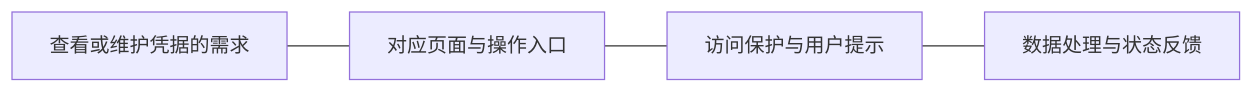
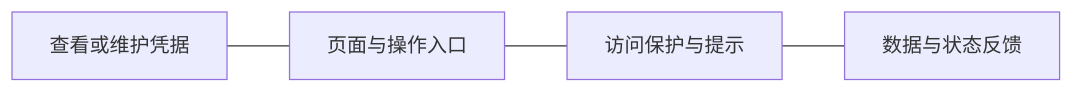
The second of 2 diagrams in content/cases/keysafe-password-manager.md (cytlabs/personal-site), drawn with Mermaid before and after one commit. The commit also changed other lines of this file and 17 other files, not shown here.

First line of the commit message:
统一图表排版、主题和大图查看 (#15)

````diff
--- a/content/cases/keysafe-password-manager.md
+++ b/content/cases/keysafe-password-manager.md
@@ -39,6 +39,4 @@
 ```mermaid
 flowchart LR
-    A["查看或维护凭据的需求"] --- B["对应页面与操作入口"]
-    B --- C["访问保护与用户提示"]
-    C --- D["数据处理与状态反馈"]
+    A["查看或维护凭据"] --- B["页面与操作入口"] --- C["访问保护与提示"] --- D["数据与状态反馈"]
 ```
````
